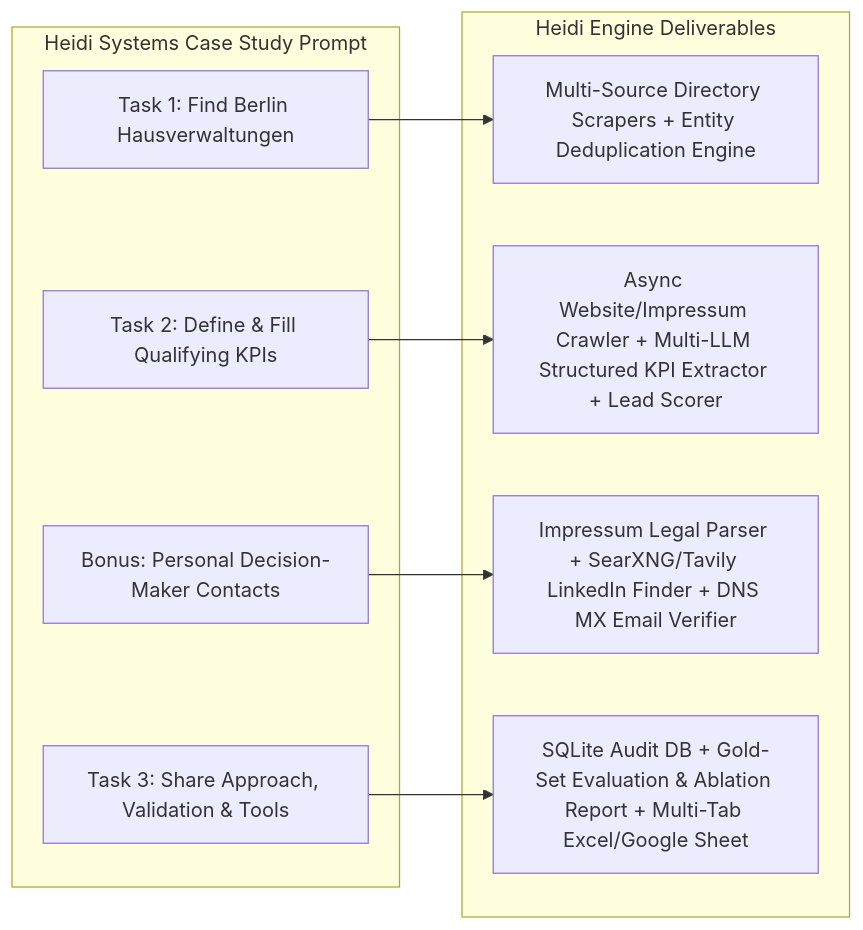
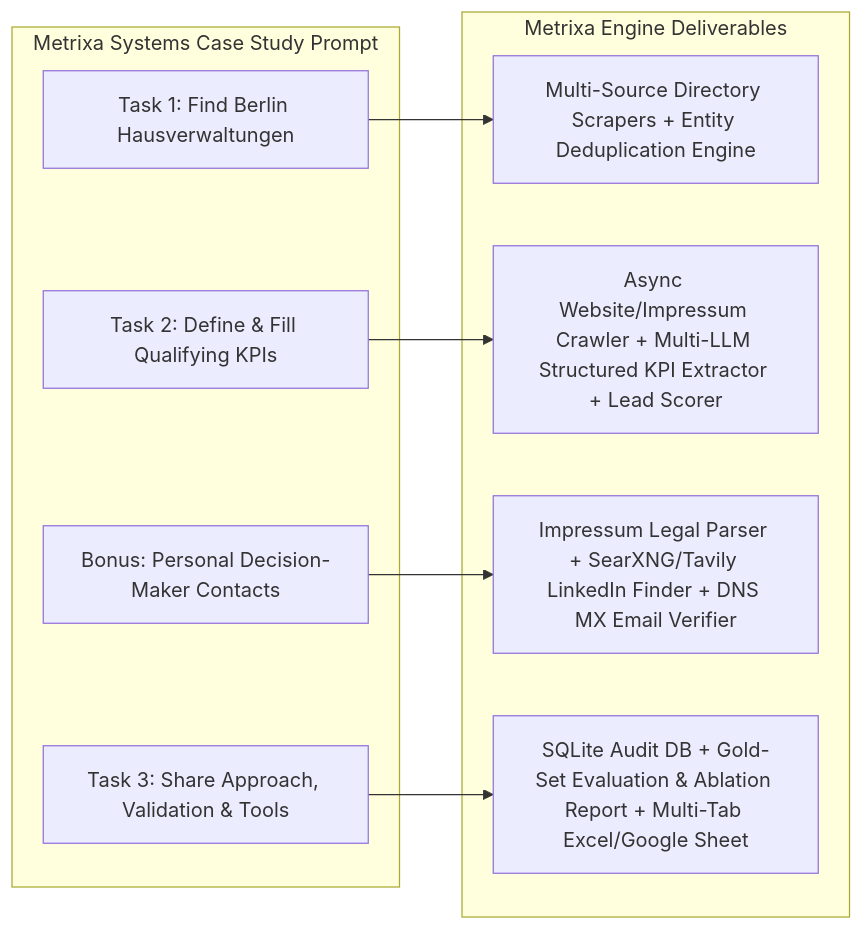
One commit to sainibhaowal/Metrixa-Systems changed the diagram in docs/Working Docs/01_PRD_AND_REQUIREMENTS_ENGINEERING.md. Above: the diagram before and after it, drawn with Mermaid. The commit also changed other lines of this file and 66 other files, not shown here.

Commit message:
feat(core): implement universal B2B leadops platform, add pre-commit hooks, and finalize Metrixa Systems

````diff
--- a/docs/Working Docs/01_PRD_AND_REQUIREMENTS_ENGINEERING.md
+++ b/docs/Working Docs/01_PRD_AND_REQUIREMENTS_ENGINEERING.md
@@ -30,21 +30,21 @@
 ```mermaid
 flowchart LR
-    subgraph CaseStudy["Heidi Systems Case Study Prompt"]
+    subgraph CaseStudy["Metrixa Systems Case Study Prompt"]
         T1["Task 1: Find Berlin Hausverwaltungen"]
         T2["Task 2: Define & Fill Qualifying KPIs"]
         TB["Bonus: Personal Decision-Maker Contacts"]
         T3["Task 3: Share Approach, Validation & Tools"]
     end
 
-    subgraph EngineeringDeliverables["Heidi Engine Deliverables"]
+    subgraph EngineeringDeliverables["Metrixa Engine Deliverables"]
         D1["Multi-Source Directory Scrapers + Entity Deduplication Engine"]
         D2["Async Website/Impressum Crawler + Multi-LLM Structured KPI Extractor + Lead Scorer"]
         DB["Impressum Legal Parser + SearXNG/Tavily LinkedIn Finder + DNS MX Email Verifier"]
         D3["SQLite Audit DB + Gold-Set Evaluation & Ablation Report + Multi-Tab Excel/Google Sheet"]
     end
 
     T1 --> D1
     T2 --> D2
     TB --> DB
     T3 --> D3
 ```
````
